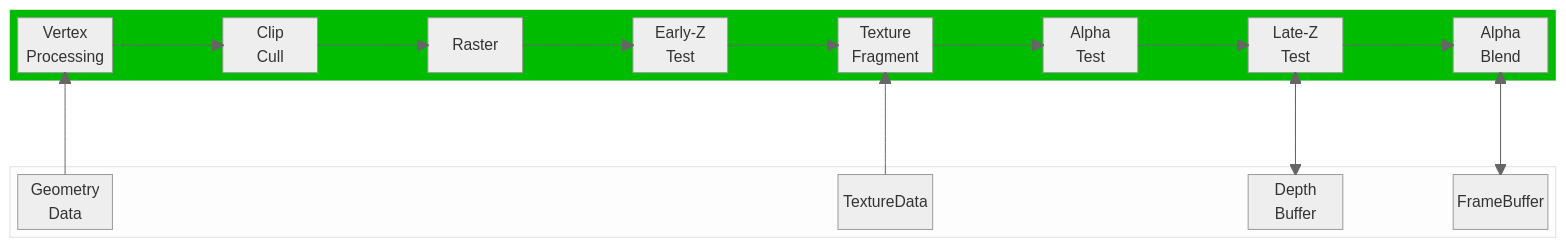
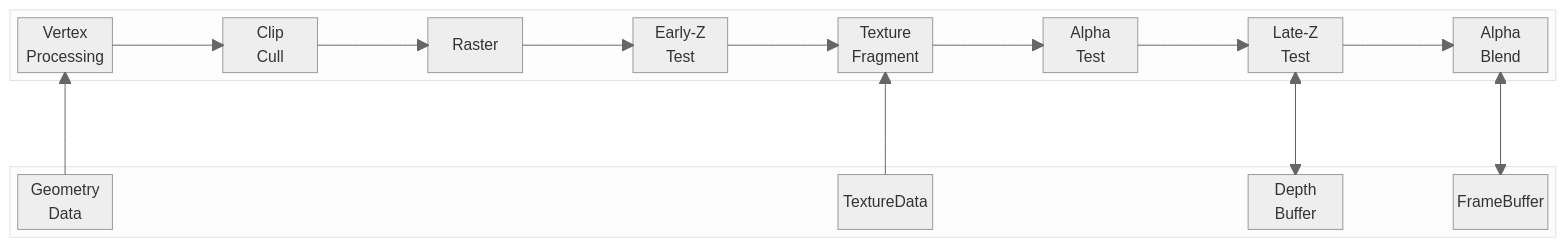
Before and after one commit to lucmann/lucmann.github.io: the first of 2 diagrams in source/_posts/gfx/rtt.md, drawn with Mermaid (neutral theme). The commit also changed other lines of this file, not shown here.

````diff
--- a/source/_posts/gfx/rtt.md
+++ b/source/_posts/gfx/rtt.md
@@ -24,26 +24,24 @@
 ```mermaid
 block-beta
     columns 1
     block:pipeline
         A["Vertex<br>Processing"] space B["Clip<br>Cull"] space D["Raster"] space E["Early-Z<br>Test"] space F["Texture<br>Fragment"] space G["Alpha<br>Test"] space L["Late-Z<br>Test"] space H["Alpha<br>Blend"]
         A --> B
         B --> D
         D --> E
         E --> F
         F --> G
         G --> L
         L --> H
     end
     space
     block:vram
         VD["Geometry<br>Data"] space:7 TD["Texture<data>Data"] space:3 ZB["Depth<br>Buffer"] space FB["FrameBuffer"]
     end
     VD --> A
     TD --> F
     L --> ZB
     ZB --> L
     H --> FB
     FB --> H
-
-    style pipeline fill:#00bc00
 ```
````
